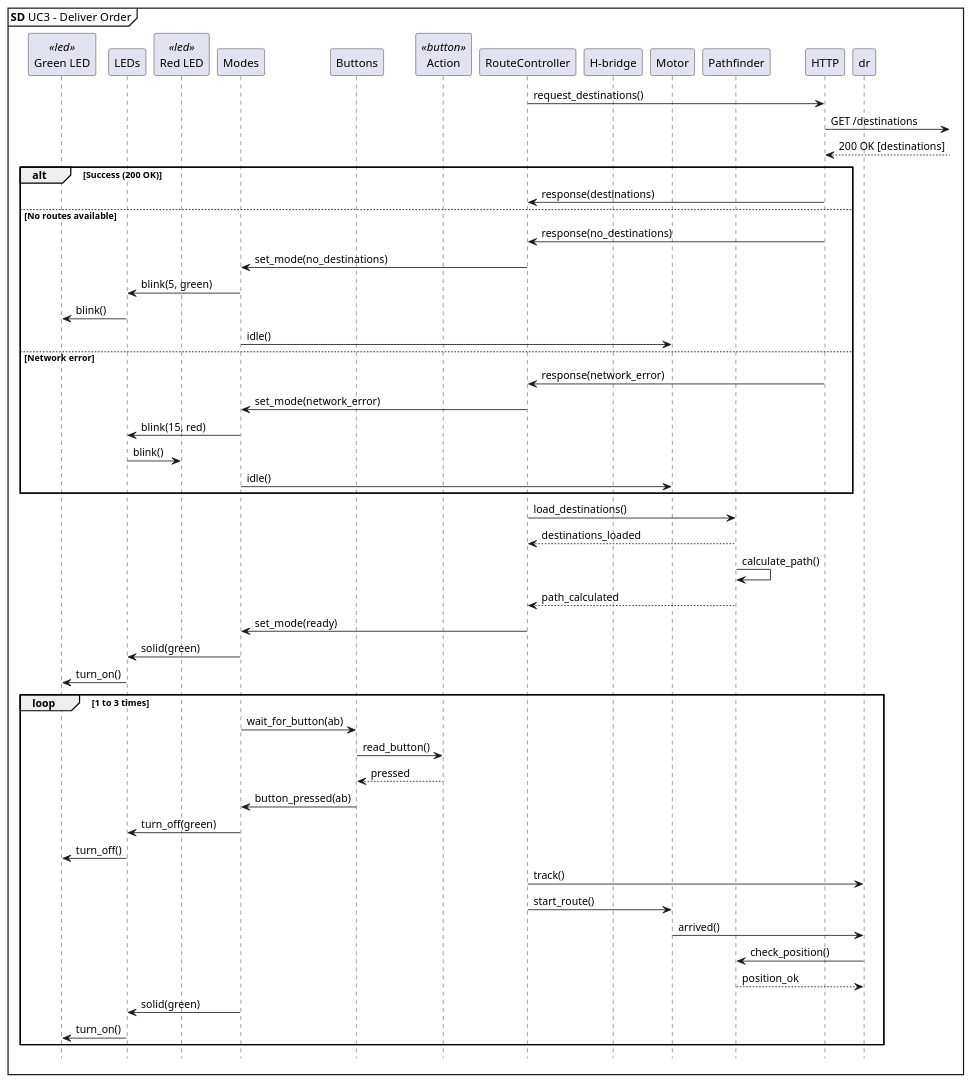
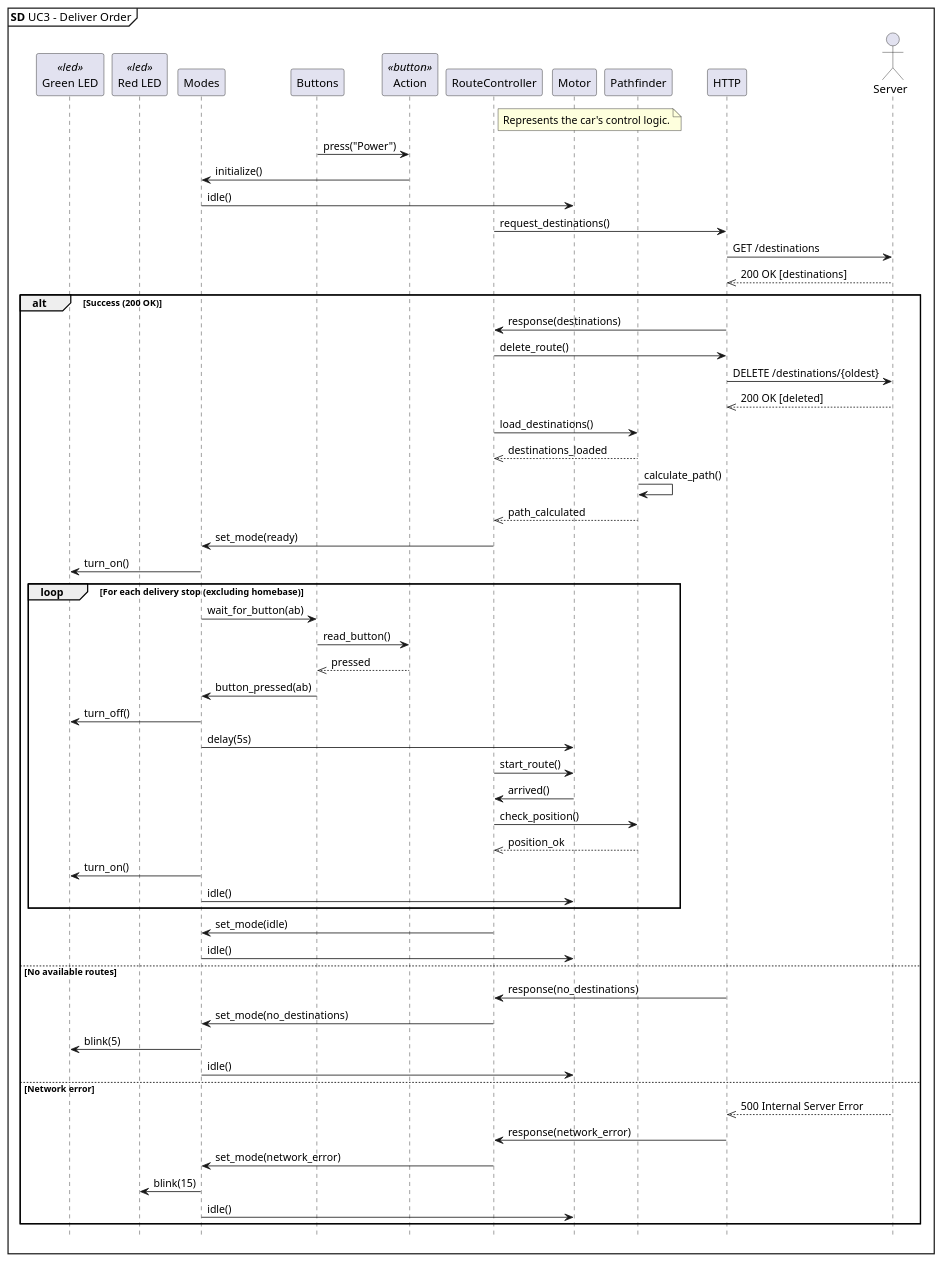
Before and after one commit to lineklemensen/PRJ3: the diagram in docs/diagrams/Plantuml/apModel/uc3sd-car.puml, drawn with PlantUML. The commit also changed 6 other files, not shown here.

```diff
--- a/docs/diagrams/Plantuml/apModel/uc3sd-car.puml
+++ b/docs/diagrams/Plantuml/apModel/uc3sd-car.puml
@@ -1,65 +1,77 @@
 @startuml SD UC3 - Deliver Order
 
 mainframe **SD** UC3 - Deliver Order
 hide footbox
 
 participant "Green LED" as gled <<led>>
-participant "LEDs" as led
 participant "Red LED" as rled <<led>>
 participant "Modes" as md
 participant "Buttons" as b
 participant "Action" as ab <<button>>
 participant "RouteController" as rc
-participant "H-bridge" as hb
+note right of rc
+  Represents the car's control logic.
+end note
 participant "Motor" as m
 participant "Pathfinder" as pf
 participant HTTP
+actor "Server" as s
 
+' Initialization
+b -> ab : press("Power")
+ab -> md : initialize()
+md -> m : idle()
+
+
+' Step 1: Request route
 rc -> HTTP : request_destinations()
-HTTP ->] : GET /destinations
-HTTP <--] : 200 OK [destinations]
+HTTP -> s : GET /destinations
+HTTP <<--s : 200 OK [destinations]
 
 alt Success (200 OK)
     HTTP -> rc : response(destinations)
-else No routes available
+    rc -> HTTP : delete_route()
+    HTTP ->s : DELETE /destinations/{oldest}
+    HTTP <<--s : 200 OK [deleted]
+    rc -> pf : load_destinations()
+    pf -->> rc : destinations_loaded
+    pf -> pf : calculate_path()
+    pf -->> rc : path_calculated
+    rc -> md : set_mode(ready)
+    md -> gled : turn_on()
+
+    loop For each delivery stop (excluding homebase)
+        md -> b : wait_for_button(ab)
+        b -> ab : read_button()
+        ab -->> b : pressed
+        b -> md : button_pressed(ab)
+        md -> gled : turn_off()
+        md -> m : delay(5s)
+        rc -> m : start_route()
+        m -> rc : arrived()
+        rc -> pf : check_position()
+        pf -->> rc : position_ok
+        md -> gled : turn_on()
+        md -> m : idle()
+    end
+
+    rc -> md : set_mode(idle)
+    md -> m : idle()
+
+else No available routes
     HTTP -> rc : response(no_destinations)
     rc -> md : set_mode(no_destinations)
-    md -> led : blink(5, green)
-    led -> gled : blink()
+    md -> gled : blink(5)
     md -> m : idle()
+
 else Network error
+    s -->> HTTP : 500 Internal Server Error
     HTTP -> rc : response(network_error)
     rc -> md : set_mode(network_error)
-    md -> led : blink(15, red)
-    led -> rled : blink()
+    md -> rled : blink(15)
     md -> m : idle()
-end
-
-rc -> pf : load_destinations()
-pf --> rc : destinations_loaded
-pf -> pf : calculate_path()
-pf --> rc : path_calculated
-rc -> md : set_mode(ready)
-md -> led : solid(green)
-led -> gled : turn_on()
-
-loop 1 to 3 times
-    md -> b : wait_for_button(ab)
-    b -> ab : read_button()
-    ab --> b : pressed
-    b -> md : button_pressed(ab)
-    md -> led : turn_off(green)
-    led -> gled : turn_off()
-    rc -> dr : track()
-    rc -> m : start_route()
-    m -> dr : arrived()
-    dr -> pf : check_position()
-    pf --> dr : position_ok
-    md -> led : solid(green)
-    led -> gled : turn_on()
 end
 
 
 
-
 @enduml
```
